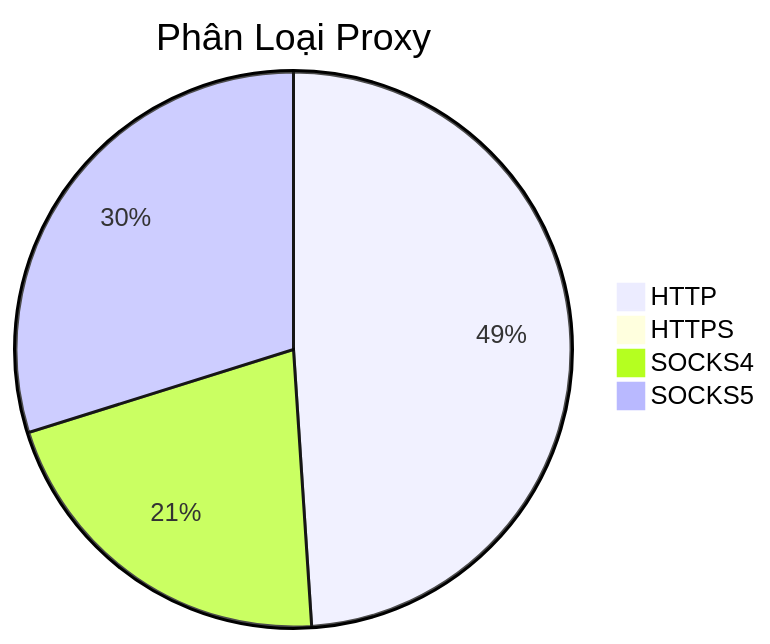
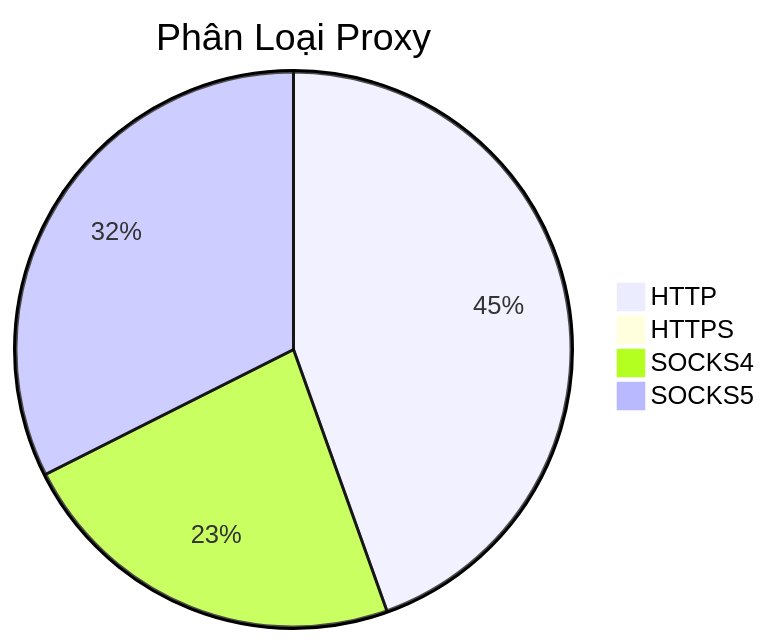
The diagram in README.md (Ciara-12/PROXY-free), drawn with Mermaid before and after one commit. The commit also changed other lines of this file and 4 other files, not shown here.

````diff
--- a/README.md
+++ b/README.md
@@ -26,7 +26,7 @@
 ```mermaid
 pie title Phân Loại Proxy
-    "HTTP" : 704
-    "HTTPS" : 0
-    "SOCKS4" : 305
-    "SOCKS5" : 429
+    "HTTP" : 669
+    "HTTPS" : 1
+    "SOCKS4" : 346
+    "SOCKS5" : 487
 ```
````
